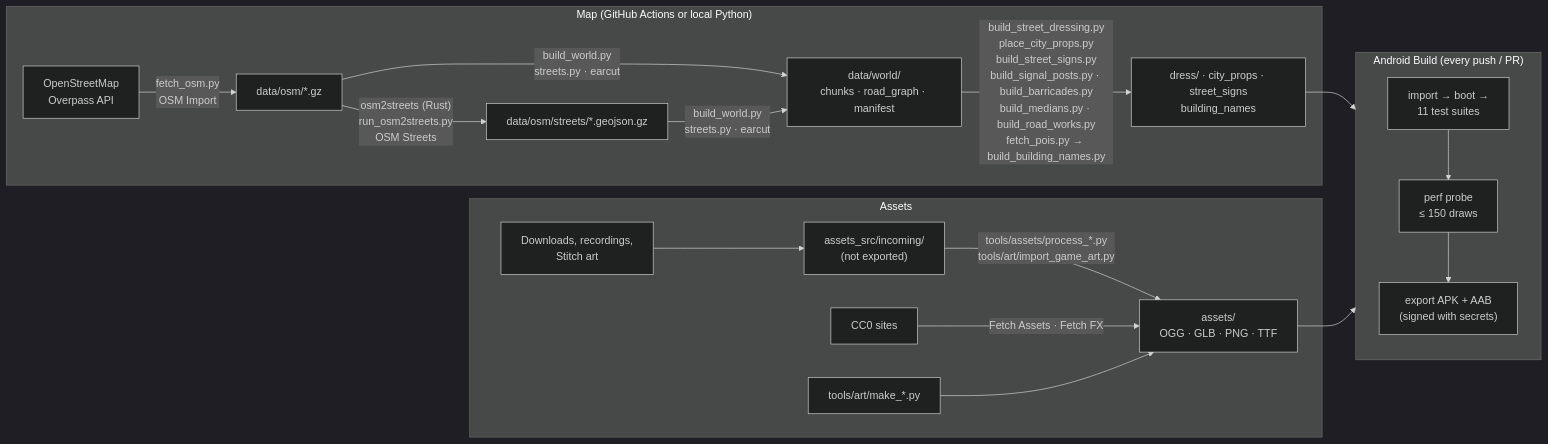
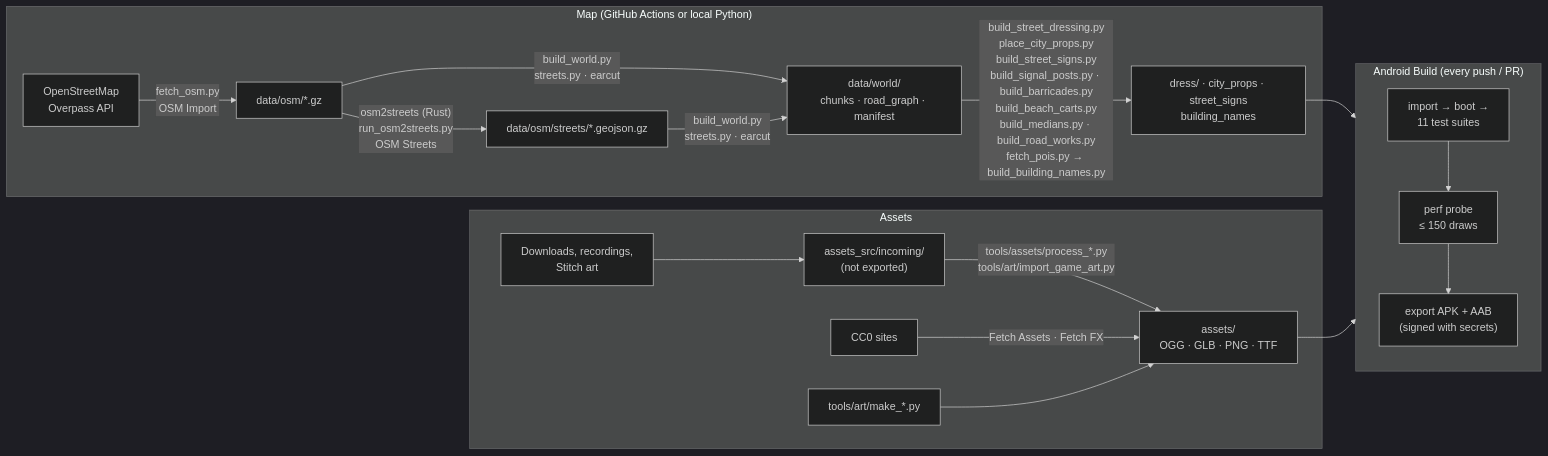
Before and after one commit to DavidRajPaul/Auto-Simulator-Game-GoDot: the second of 2 diagrams in README.md, drawn with Mermaid (dark theme). The commit also changed other lines of this file and 218 other files, not shown here.

````diff
--- a/README.md
+++ b/README.md
@@ -232,20 +232,20 @@
 ```mermaid
 flowchart LR
   subgraph Map["Map (GitHub Actions or local Python)"]
     OSM["OpenStreetMap<br/>Overpass API"] -->|"fetch_osm.py<br/>OSM Import"| RAW["data/osm/*.gz"]
     RAW -->|"osm2streets (Rust)<br/>run_osm2streets.py<br/>OSM Streets"| LANES["data/osm/streets/*.geojson.gz"]
     RAW & LANES -->|"build_world.py<br/>streets.py · earcut"| WD["data/world/<br/>chunks · road_graph · manifest"]
-    WD -->|"build_street_dressing.py<br/>place_city_props.py<br/>build_street_signs.py<br/>build_signal_posts.py · build_barricades.py<br/>build_medians.py · build_road_works.py<br/>fetch_pois.py → build_building_names.py"| WD2["dress/ · city_props · street_signs<br/>building_names"]
+    WD -->|"build_street_dressing.py<br/>place_city_props.py<br/>build_street_signs.py<br/>build_signal_posts.py · build_barricades.py<br/>build_beach_carts.py<br/>build_medians.py · build_road_works.py<br/>fetch_pois.py → build_building_names.py"| WD2["dress/ · city_props · street_signs<br/>building_names"]
   end
   subgraph Art["Assets"]
     DL["Downloads, recordings,<br/>Stitch art"] --> INC["assets_src/incoming/<br/>(not exported)"]
     INC -->|"tools/assets/process_*.py<br/>tools/art/import_game_art.py"| ASSETS["assets/<br/>OGG · GLB · PNG · TTF"]
     CC0["CC0 sites"] -->|"Fetch Assets · Fetch FX"| ASSETS
     GEN["tools/art/make_*.py"] --> ASSETS
   end
   subgraph CI["Android Build (every push / PR)"]
     T["import → boot →<br/>11 test suites"] --> P["perf probe<br/>≤ 150 draws"] --> E["export APK + AAB<br/>(signed with secrets)"]
   end
   WD2 --> CI
   ASSETS --> CI
 ```
````
